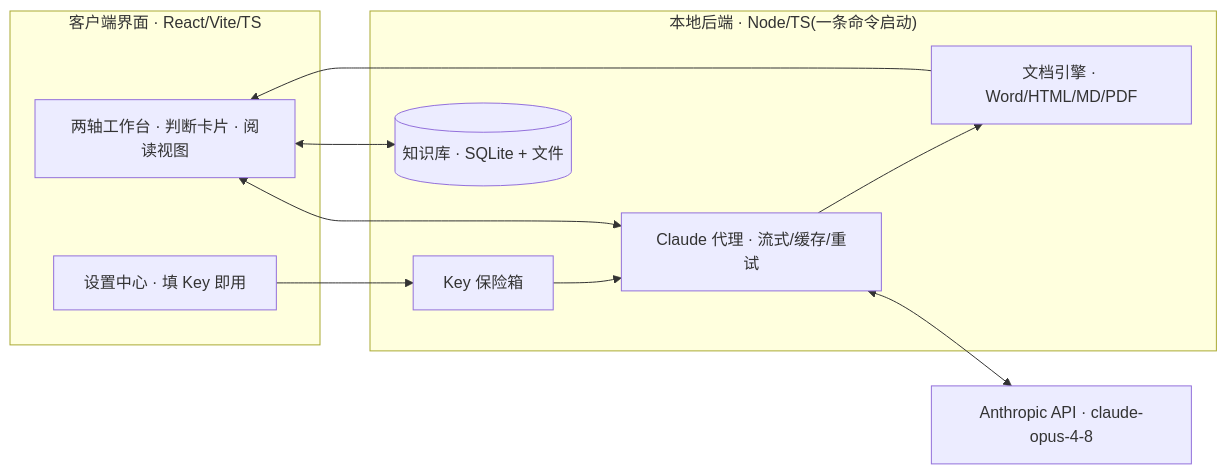
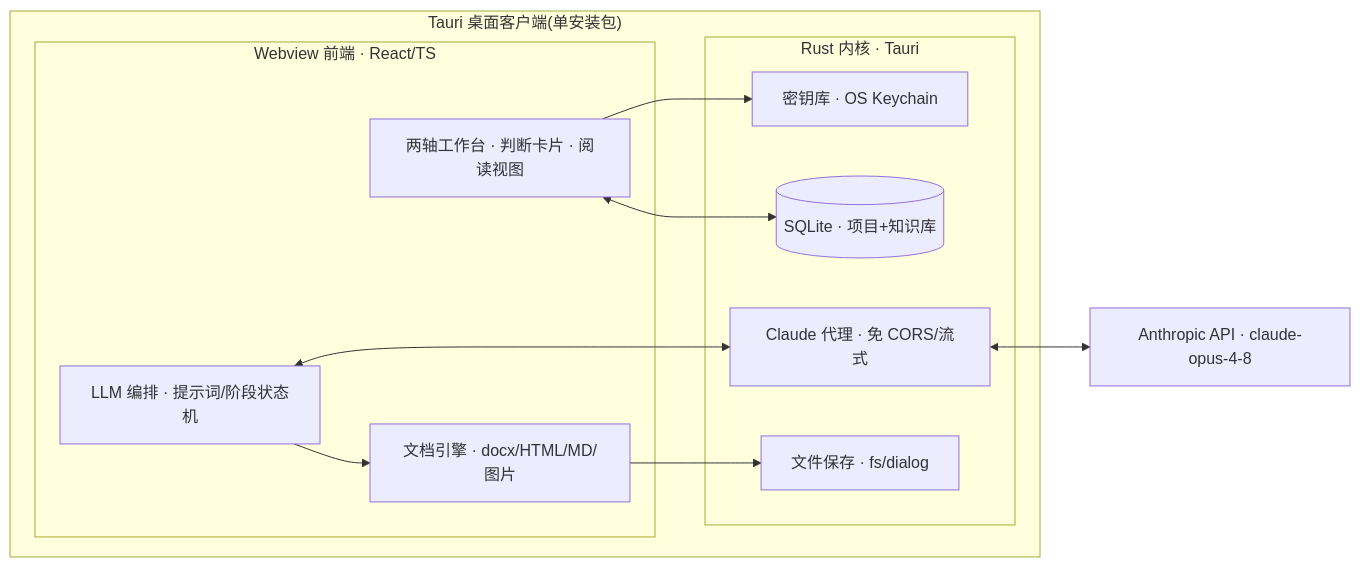
Before and after one commit to haodahzi/Strategic-Analysis-Workspace: the diagram in docs/开发方案.md, drawn with Mermaid. The commit also changed other lines of this file and 3 other files, not shown here.

````diff
--- a/docs/开发方案.md
+++ b/docs/开发方案.md
@@ -49,22 +45,24 @@
 ```mermaid
 flowchart LR
-  subgraph Client["客户端界面 · React/Vite/TS"]
-    UI["两轴工作台 · 判断卡片 · 阅读视图"]
-    SET["设置中心 · 填 Key 即用"]
-  end
-  subgraph Local["本地后端 · Node/TS(一条命令启动)"]
-    VAULT["Key 保险箱"]
-    PROXY["Claude 代理 · 流式/缓存/重试"]
-    DOC["文档引擎 · Word/HTML/MD/PDF"]
-    KB[("知识库 · SQLite + 文件")]
+  subgraph App["Tauri 桌面客户端(单安装包)"]
+    subgraph WV["Webview 前端 · React/TS"]
+      UI["两轴工作台 · 判断卡片 · 阅读视图"]
+      ORCH["LLM 编排 · 提示词/阶段状态机"]
+      DOC["文档引擎 · docx/HTML/MD/图片"]
+    end
+    subgraph RS["Rust 内核 · Tauri"]
+      VAULT["密钥库 · OS Keychain"]
+      HTTP["Claude 代理 · 免 CORS/流式"]
+      SQL[("SQLite · 项目+知识库")]
+      FS["文件保存 · fs/dialog"]
+    end
   end
   API["Anthropic API · claude-opus-4-8"]
 
-  UI <--> PROXY
-  SET --> VAULT
-  VAULT --> PROXY
-  PROXY <--> API
-  PROXY --> DOC
-  UI <--> KB
-  DOC --> UI
+  ORCH <--> HTTP
+  HTTP <--> API
+  UI --> VAULT
+  ORCH --> DOC
+  DOC --> FS
+  UI <--> SQL
 ```
````
